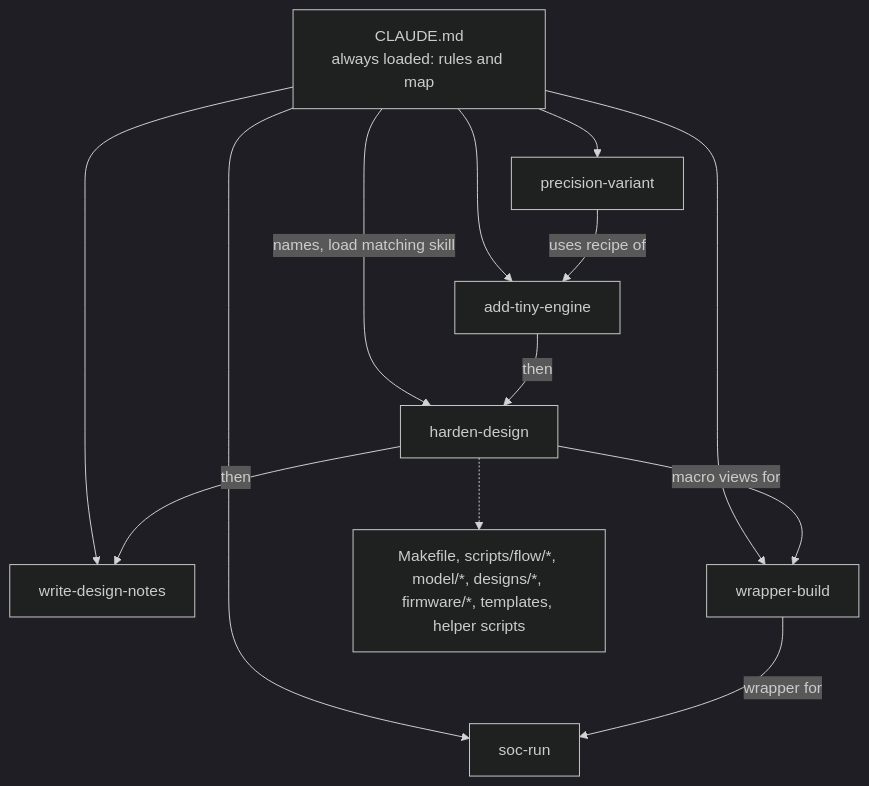
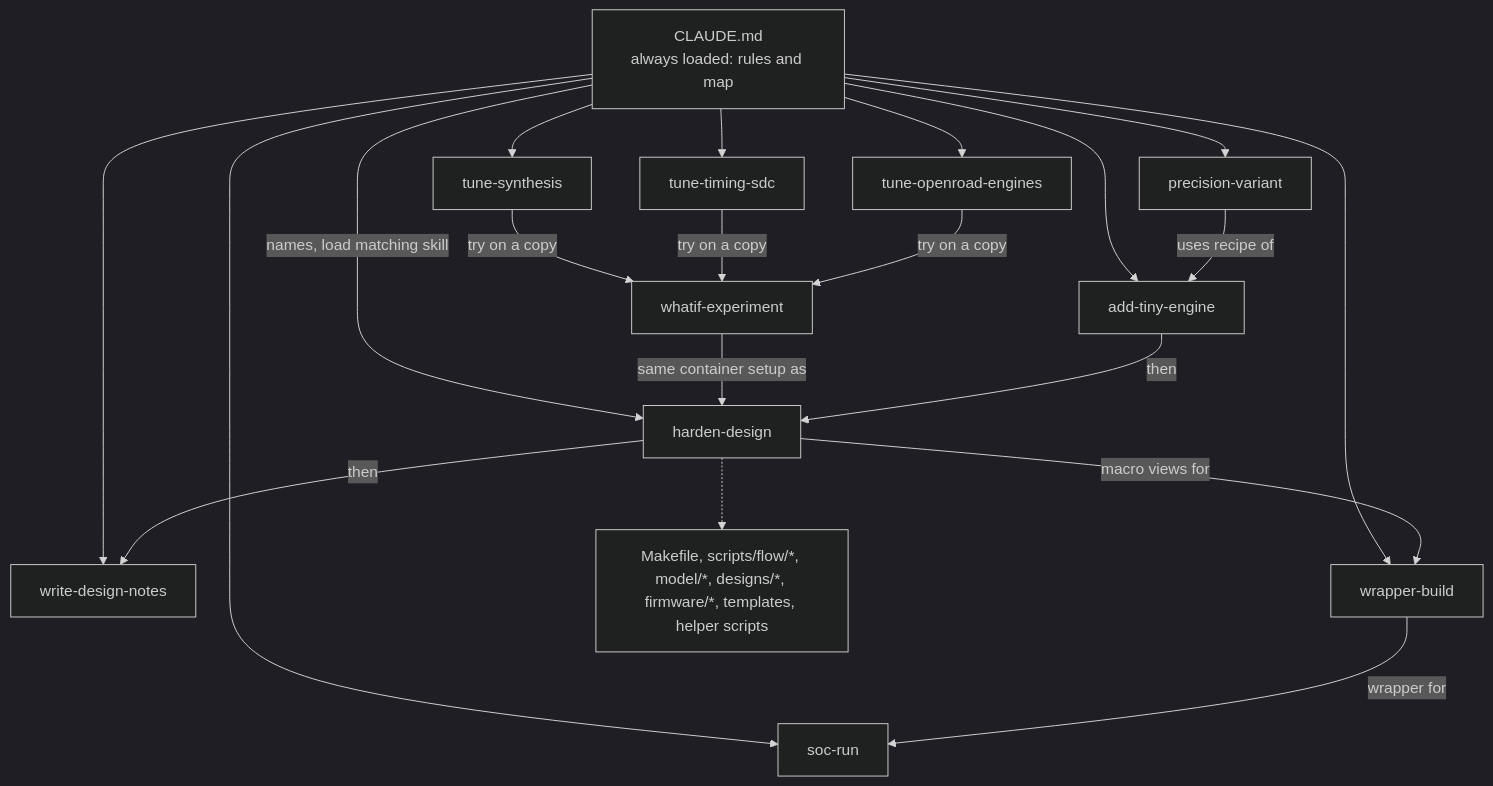
Before and after one commit to rajaghv-dev/open-ai-chip: the first of 2 diagrams in docs/SKILLS.md, drawn with Mermaid (dark theme). The commit also changed other lines of this file and 98 other files, not shown here.

````diff
--- a/docs/SKILLS.md
+++ b/docs/SKILLS.md
@@ -88,22 +88,33 @@
 ```mermaid
 flowchart TD
     CM["CLAUDE.md<br/>always loaded: rules and map"]
     HD["harden-design"]
     AE["add-tiny-engine"]
     PV["precision-variant"]
     WN["write-design-notes"]
     WB["wrapper-build"]
     SR["soc-run"]
+    TS["tune-synthesis"]
+    TT["tune-timing-sdc"]
+    TE["tune-openroad-engines"]
+    WI["whatif-experiment"]
     CM -->|"names, load matching skill"| HD
     CM --> AE
     CM --> PV
     CM --> WN
     CM --> WB
     CM --> SR
+    CM --> TS
+    CM --> TT
+    CM --> TE
+    TS -->|"try on a copy"| WI
+    TT -->|"try on a copy"| WI
+    TE -->|"try on a copy"| WI
+    WI -->|"same container setup as"| HD
     PV -->|"uses recipe of"| AE
     AE -->|"then"| HD
     HD -->|"then"| WN
     HD -.-> FILES["Makefile, scripts/flow/*, model/*, designs/*, firmware/*, templates, helper scripts"]
     HD -->|"macro views for"| WB
     WB -->|"wrapper for"| SR
 ```
````
